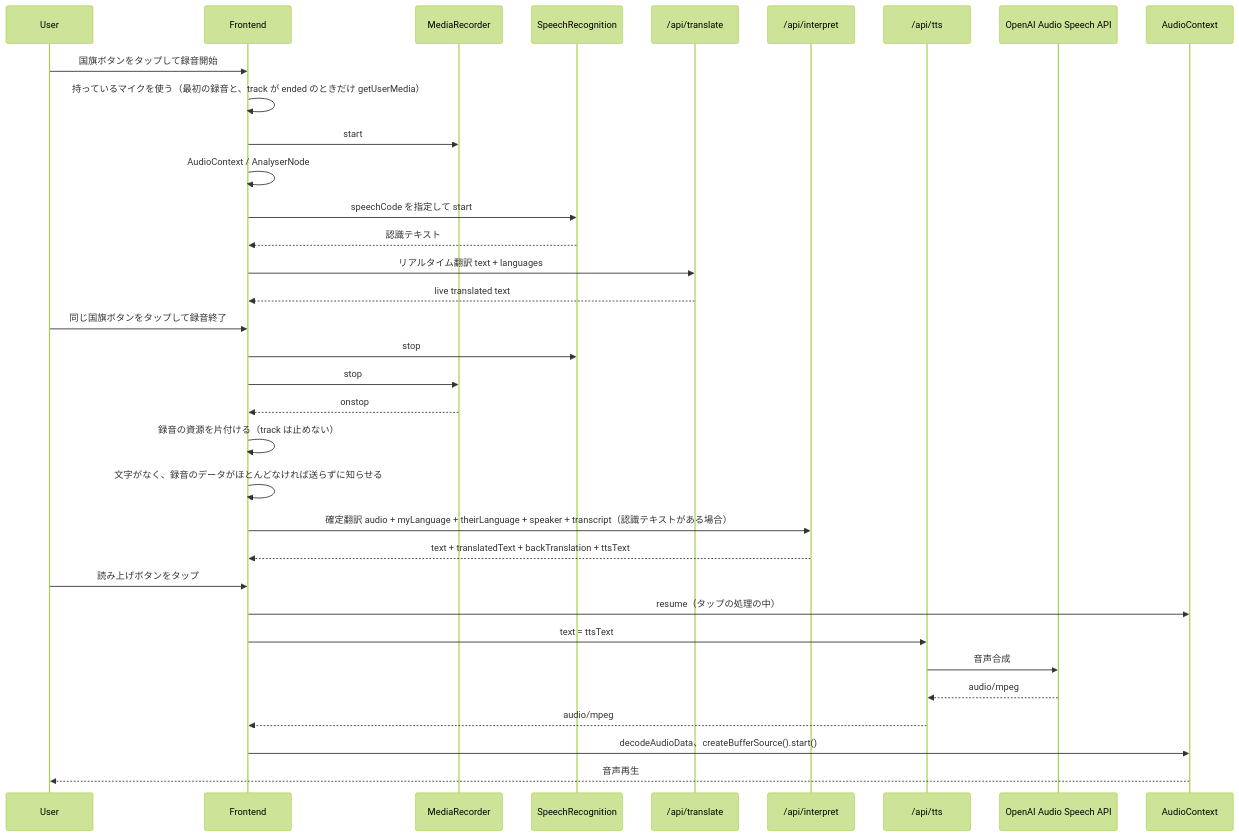
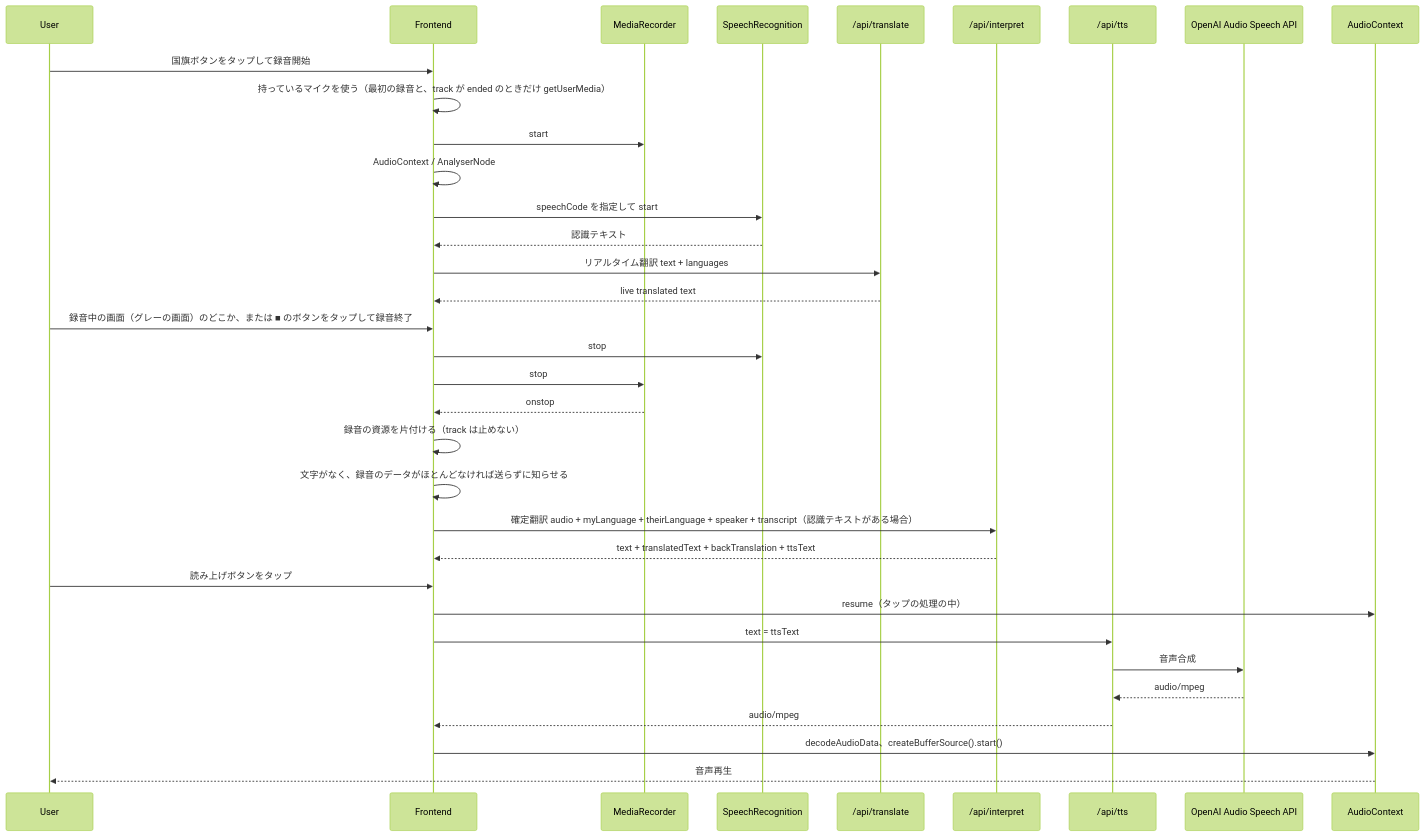
One commit to shin-arita/gotalk changed the first of 2 diagrams in docs/speech-flow.md. Above: the diagram before and after it, drawn with Mermaid (forest theme). The commit also changed other lines of this file and 11 other files, not shown here.

````diff
--- a/docs/speech-flow.md
+++ b/docs/speech-flow.md
@@ -21,37 +21,37 @@
 ```mermaid
 sequenceDiagram
   participant User as User
   participant FE as Frontend
   participant MR as MediaRecorder
   participant SR as SpeechRecognition
   participant TR as /api/translate
   participant IN as /api/interpret
   participant TTSAPI as /api/tts
   participant Speech as OpenAI Audio Speech API
   participant Audio as AudioContext
 
   User->>FE: 国旗ボタンをタップして録音開始
   FE->>FE: 持っているマイクを使う（最初の録音と、track が ended のときだけ getUserMedia）
   FE->>MR: start
   FE->>FE: AudioContext / AnalyserNode
   FE->>SR: speechCode を指定して start
   SR-->>FE: 認識テキスト
   FE->>TR: リアルタイム翻訳 text + languages
   TR-->>FE: live translated text
-  User->>FE: 同じ国旗ボタンをタップして録音終了
+  User->>FE: 録音中の画面（グレーの画面）のどこか、または ■ のボタンをタップして録音終了
   FE->>SR: stop
   FE->>MR: stop
   MR-->>FE: onstop
   FE->>FE: 録音の資源を片付ける（track は止めない）
   FE->>FE: 文字がなく、録音のデータがほとんどなければ送らずに知らせる
   FE->>IN: 確定翻訳 audio + myLanguage + theirLanguage + speaker + transcript（認識テキストがある場合）
   IN-->>FE: text + translatedText + backTranslation + ttsText
   User->>FE: 読み上げボタンをタップ
   FE->>Audio: resume（タップの処理の中）
   FE->>TTSAPI: text = ttsText
   TTSAPI->>Speech: 音声合成
   Speech-->>TTSAPI: audio/mpeg
   TTSAPI-->>FE: audio/mpeg
   FE->>Audio: decodeAudioData、createBufferSource().start()
   Audio-->>User: 音声再生
 ```
````
